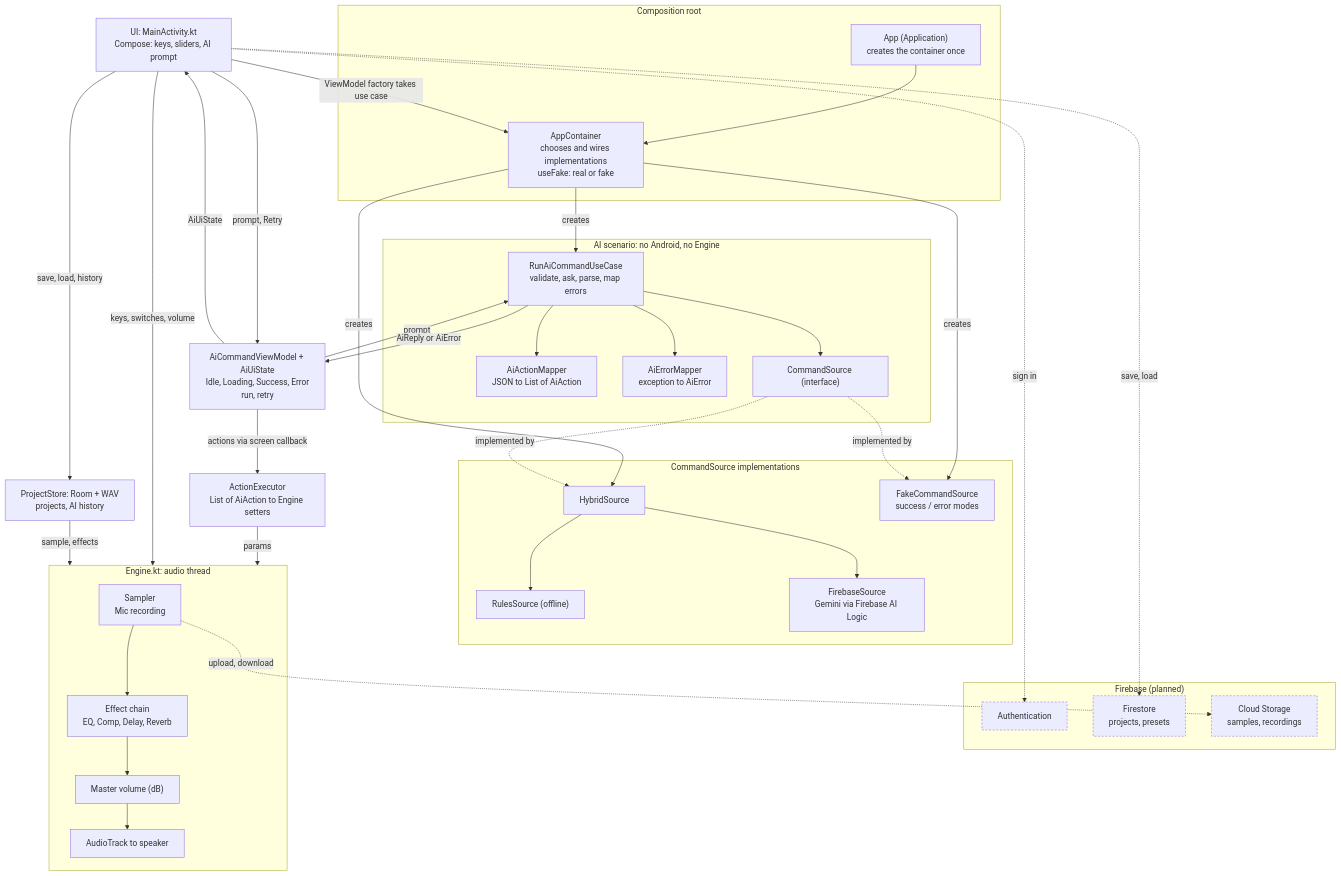
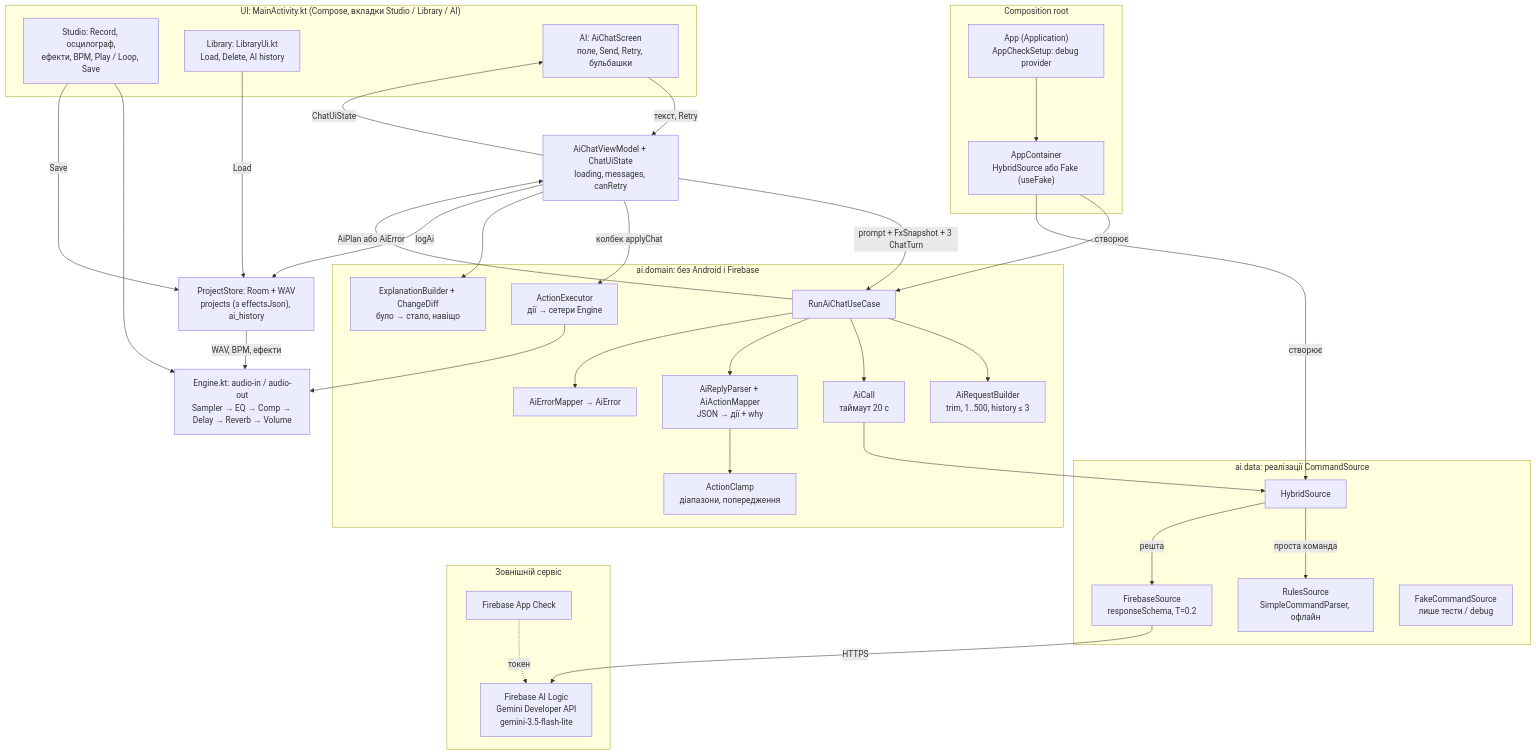
The diagram in docs/architecture.md (YaroslavMelnykAP23/SoundEngiToolkit), drawn with Mermaid before and after one commit. The commit also changed other lines of this file and 15 other files, not shown here.

````diff
--- a/docs/architecture.md
+++ b/docs/architecture.md
@@ -7,70 +10,66 @@
 ```mermaid
 flowchart TB
-    UI["UI: MainActivity.kt<br/>Compose: keys, sliders, AI prompt"]
+    subgraph UIL["UI: MainActivity.kt (Compose, вкладки Studio / Library / AI)"]
+        STUDIO["Studio: Record, осцилограф,<br/>ефекти, BPM, Play / Loop, Save"]
+        LIB["Library: LibraryUi.kt<br/>Load, Delete, AI history"]
+        CHAT["AI: AiChatScreen<br/>поле, Send, Retry, бульбашки"]
+    end
 
     subgraph ROOT["Composition root"]
-        APP["App (Application)<br/>creates the container once"]
-        CONT["AppContainer<br/>chooses and wires implementations<br/>useFake: real or fake"]
+        APP["App (Application)<br/>AppCheckSetup: debug provider"]
+        CONT["AppContainer<br/>HybridSource або Fake (useFake)"]
         APP --> CONT
     end
 
-    subgraph AIL["AI scenario: no Android, no Engine"]
-        UC["RunAiCommandUseCase<br/>validate, ask, parse, map errors"]
-        MAP["AiActionMapper<br/>JSON to List of AiAction"]
-        ERR["AiErrorMapper<br/>exception to AiError"]
-        IFACE["CommandSource (interface)"]
-        UC --> MAP
+    VM["AiChatViewModel + ChatUiState<br/>loading, messages, canRetry"]
+
+    subgraph DOM["ai.domain: без Android і Firebase"]
+        UC["RunAiChatUseCase"]
+        REQ["AiRequestBuilder<br/>trim, 1..500, history ≤ 3"]
+        CALL["AiCall<br/>таймаут 20 с"]
+        PARSE["AiReplyParser + AiActionMapper<br/>JSON → дії + why"]
+        CLAMP["ActionClamp<br/>діапазони, попередження"]
+        ERR["AiErrorMapper → AiError"]
+        EXPL["ExplanationBuilder + ChangeDiff<br/>було → стало, навіщо"]
+        EXEC["ActionExecutor<br/>дії → сетери Engine"]
+        UC --> REQ
+        UC --> CALL
+        UC --> PARSE --> CLAMP
         UC --> ERR
-        UC --> IFACE
     end
 
-    subgraph IMPL["CommandSource implementations"]
+    subgraph SRC["ai.data: реалізації CommandSource"]
         HYB["HybridSource"]
-        RULES["RulesSource (offline)"]
-        FIREB["FirebaseSource<br/>Gemini via Firebase AI Logic"]
-        FAKE["FakeCommandSource<br/>success / error modes"]
-        HYB --> RULES
-        HYB --> FIREB
+        RULES["RulesSource<br/>SimpleCommandParser, офлайн"]
+        FIREB["FirebaseSource<br/>responseSchema, T=0.2"]
+        FAKE["FakeCommandSource<br/>лише тести / debug"]
+        HYB -->|проста команда| RULES
+        HYB -->|решта| FIREB
     end
 
-    VM["AiCommandViewModel + AiUiState<br/>Idle, Loading, Success, Error<br/>run, retry"]
-    EXEC["ActionExecutor<br/>List of AiAction to Engine setters"]
-    STORE["ProjectStore: Room + WAV<br/>projects, AI history"]
-
-    subgraph FB["Firebase (planned)"]
-        AUTH["Authentication"]
-        FS["Firestore<br/>projects, presets"]
-        ST["Cloud Storage<br/>samples, recordings"]
+    subgraph EXT["Зовнішній сервіс"]
+        GEM["Firebase AI Logic<br/>Gemini Developer API<br/>gemini-3.5-flash-lite"]
+        AC["Firebase App Check"]
     end
 
-    subgraph ENGINE["Engine.kt: audio thread"]
-        SAMPLER["Sampler<br/>Mic recording"]
-        FX["Effect chain<br/>EQ, Comp, Delay, Reverb"]
-        VOL["Master volume (dB)"]
-        OUT["AudioTrack to speaker"]
-        SAMPLER --> FX
-        FX --> VOL --> OUT
-    end
+    ENGINE["Engine.kt: audio-in / audio-out<br/>Sampler → EQ → Comp → Delay → Reverb → Volume"]
+    STORE["ProjectStore: Room + WAV<br/>projects (з effectsJson), ai_history"]
 
-    CONT -->|creates| UC
-    CONT -->|creates| HYB
-    CONT -->|creates| FAKE
-    IFACE -.->|implemented by| HYB
-    IFACE -.->|implemented by| FAKE
-    UI -->|ViewModel factory takes use case| CONT
-    UI -->|prompt, Retry| VM
-    VM -->|prompt| UC
-    UC -->|AiReply or AiError| VM
-    VM -->|AiUiState| UI
-    VM -->|actions via screen callback| EXEC
-    EXEC -->|params| ENGINE
-    UI -->|keys, switches, volume| ENGINE
-    UI -->|save, load, history| STORE
-    STORE -->|sample, effects| ENGINE
-    UI -.->|sign in| AUTH
-    UI -.->|save, load| FS
-    SAMPLER -.->|upload, download| ST
-
-    classDef planned stroke-dasharray: 4 3
-    class AUTH,FS,ST planned
+    CONT -->|створює| UC
+    CONT -->|створює| HYB
+    CHAT -->|текст, Retry| VM
+    VM -->|ChatUiState| CHAT
+    VM -->|prompt + FxSnapshot + 3 ChatTurn| UC
+    CALL --> HYB
+    FIREB -->|HTTPS| GEM
+    AC -.->|токен| GEM
+    UC -->|AiPlan або AiError| VM
+    VM -->|колбек applyChat| EXEC
+    EXEC --> ENGINE
+    VM --> EXPL
+    VM -->|logAi| STORE
+    STUDIO --> ENGINE
+    STUDIO -->|Save| STORE
+    LIB -->|Load| STORE
+    STORE -->|WAV, BPM, ефекти| ENGINE
 ```
````
